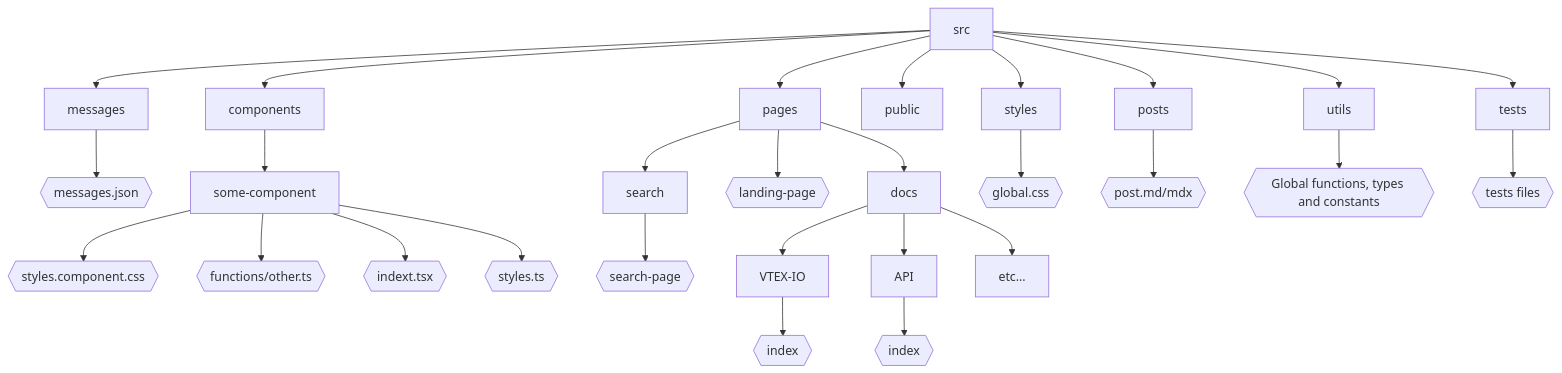
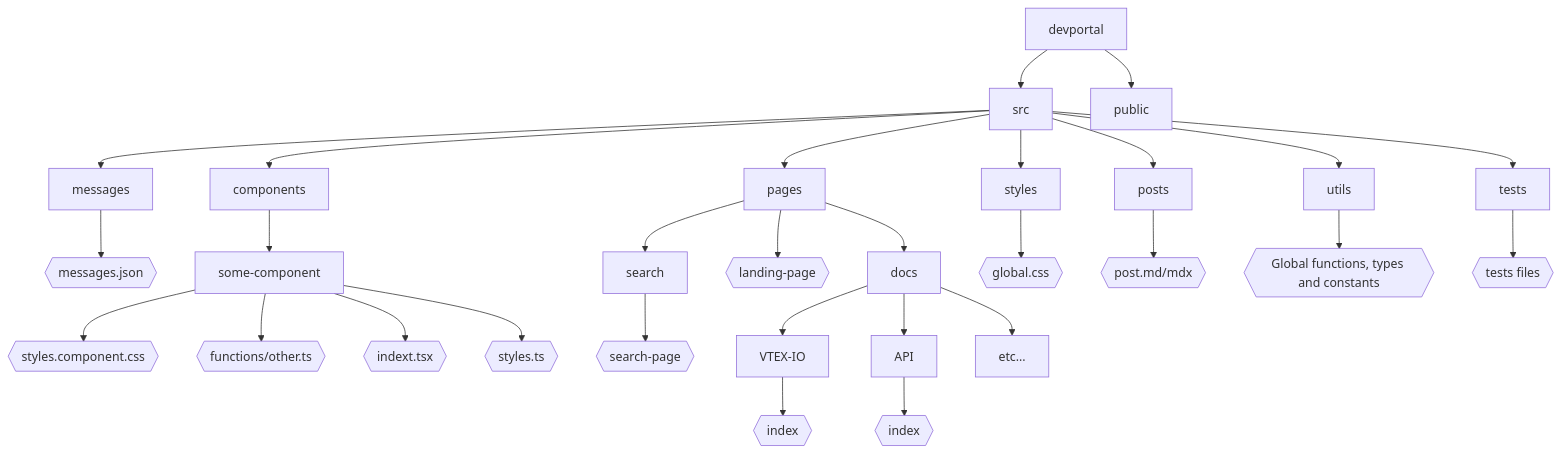
One commit to vtexdocs/devportal changed the second of 2 diagrams in README.md. Above: the diagram before and after it, drawn with Mermaid.

Commit message:
docs(readme): update directory tree to remove 'public/' from 'src/'

````diff
--- a/README.md
+++ b/README.md
@@ -96,15 +96,16 @@
 ```mermaid
 flowchart TB
-    src --> messages & components & pages & public & styles & posts & utils & tests
+    devportal --> src & public
+    src --> messages & components & pages & styles & posts & utils & tests
     messages --> msgJson{{messages.json}}
     components --> some-component --> stylesCompCss{{styles.component.css}} & compOther{{functions/other.ts}} & compIndex{{indext.tsx}} & compStyle{{styles.ts}}
     pages --> search & pagesLanding{{landing-page}} & docs
     search --> searchSearchPage{{search-page}}
     docs --> VTEX-IO & API & etc...
     API --> apiIndex{{index}}
     VTEX-IO --> vtexIoIndex{{index}}
     styles --> stylesGlobal{{global.css}}
     posts --> postsPost{{post.md/mdx}}
     utils --> utilsChildren{{Global functions, types and constants}}
     tests --> testsChildren{{tests files}}
 ```
````
